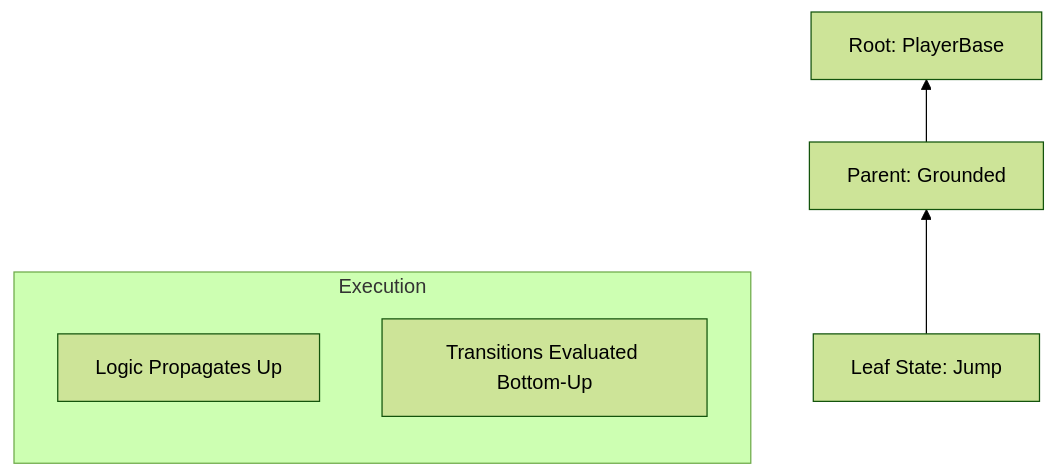
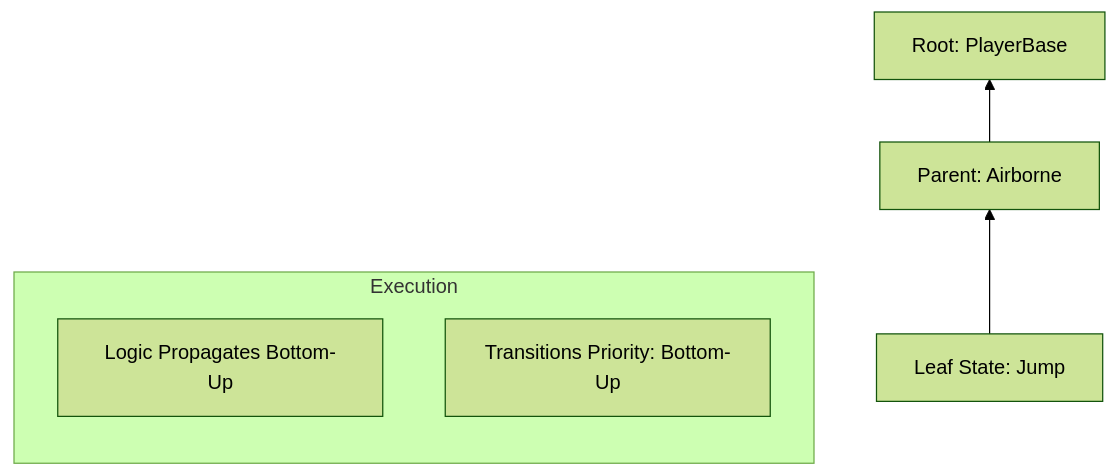
Before and after one commit to eraflo/Catalyst: the first of 2 diagrams in Documentation~/Modules/HFSM.md, drawn with Mermaid (forest theme). The commit also changed other lines of this file, not shown here.

````diff
--- a/Documentation~/Modules/HFSM.md
+++ b/Documentation~/Modules/HFSM.md
@@ -30,10 +114,10 @@
 ```mermaid
 graph BT
-    Leaf[Leaf State: Jump] --> Parent[Parent: Grounded]
+    Leaf[Leaf State: Jump] --> Parent[Parent: Airborne]
     Parent --> Root[Root: PlayerBase]
     
     subgraph Execution
-        Logic[Logic Propagates Up]
-        Trans[Transitions Evaluated Bottom-Up]
+        Logic[Logic Propagates Bottom-Up]
+        Trans[Transitions Priority: Bottom-Up]
     end
 ```
````
